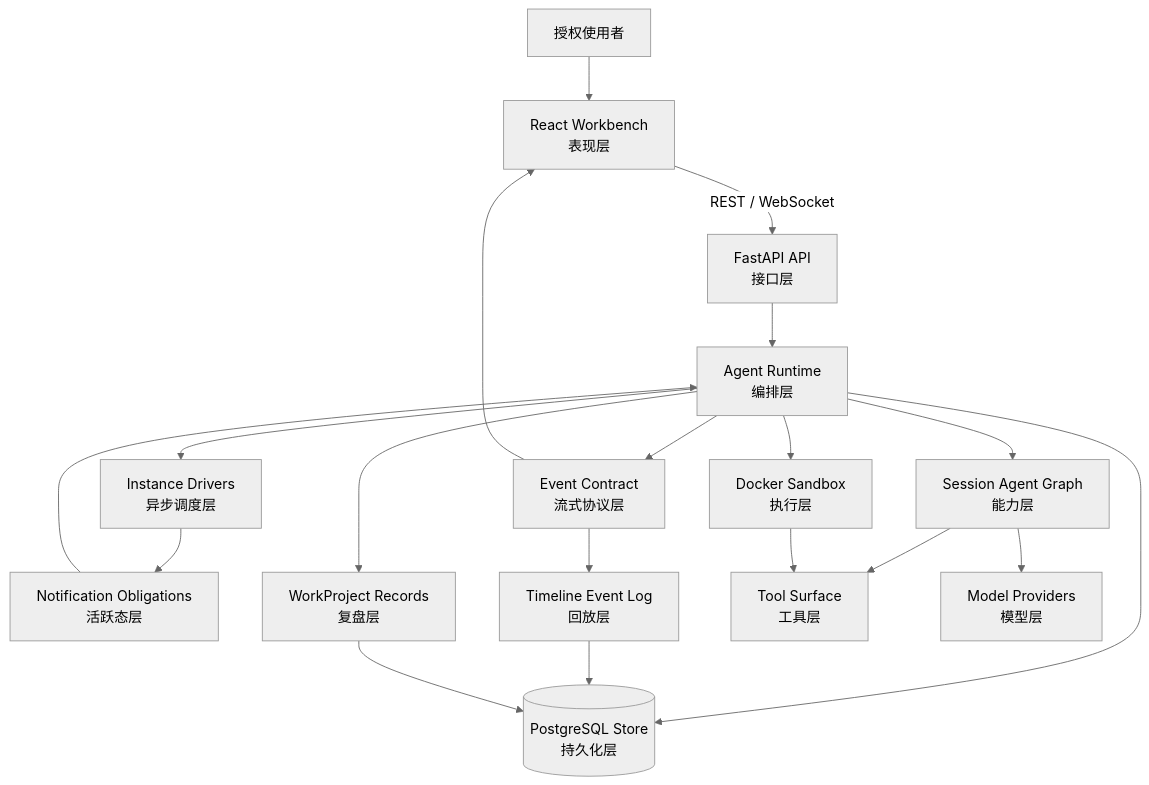
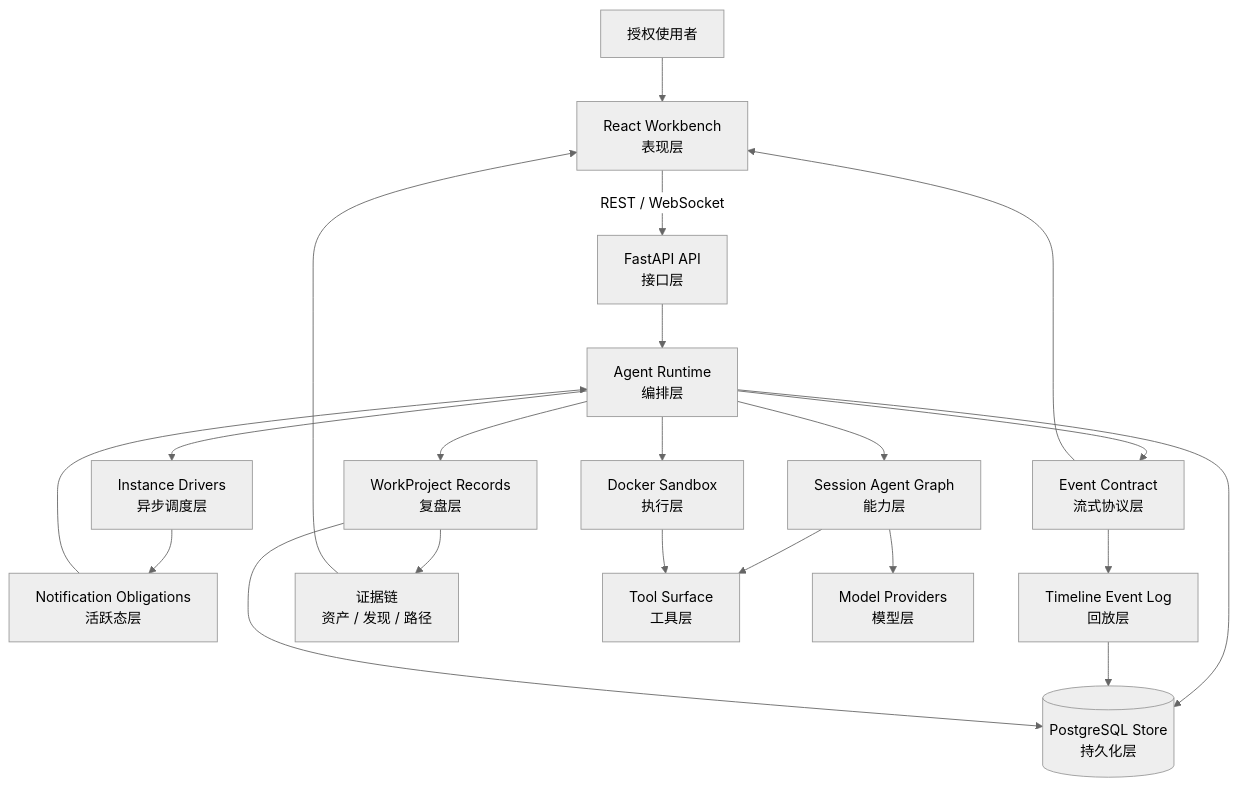
Before and after one commit to MolTau9527/Z3r0: the first of 7 diagrams in README_zh.md, drawn with Mermaid (neutral theme). The commit also changed other lines of this file and 19 other files, not shown here.

````diff
--- a/README_zh.md
+++ b/README_zh.md
@@ -39,36 +41,39 @@
 ```mermaid
 flowchart TB
   Operator["授权使用者"]
   Workbench["React Workbench<br/>表现层"]
   API["FastAPI API<br/>接口层"]
   Runtime["Agent Runtime<br/>编排层"]
   Drivers["Instance Drivers<br/>异步调度层"]
   Notifications["Notification Obligations<br/>活跃态层"]
   Graph["Session Agent Graph<br/>能力层"]
   Timeline["Timeline Event Log<br/>回放层"]
   Record["WorkProject Records<br/>复盘层"]
+  Evidence["证据链<br/>资产 / 发现 / 路径"]
   Sandbox["Docker Sandbox<br/>执行层"]
   Tools["Tool Surface<br/>工具层"]
   Models["Model Providers<br/>模型层"]
   Events["Event Contract<br/>流式协议层"]
   Store[("PostgreSQL Store<br/>持久化层")]
 
   Operator --> Workbench
   Workbench -->|REST / WebSocket| API
   API --> Runtime
   Runtime --> Drivers
   Runtime --> Graph
   Runtime --> Record
   Runtime --> Sandbox
   Runtime --> Events
   Runtime --> Store
   Drivers --> Notifications
   Notifications --> Runtime
   Events --> Timeline
   Timeline --> Store
   Graph --> Tools
   Graph --> Models
   Sandbox --> Tools
   Record --> Store
+  Record --> Evidence
+  Evidence --> Workbench
   Events --> Workbench
 ```
````
